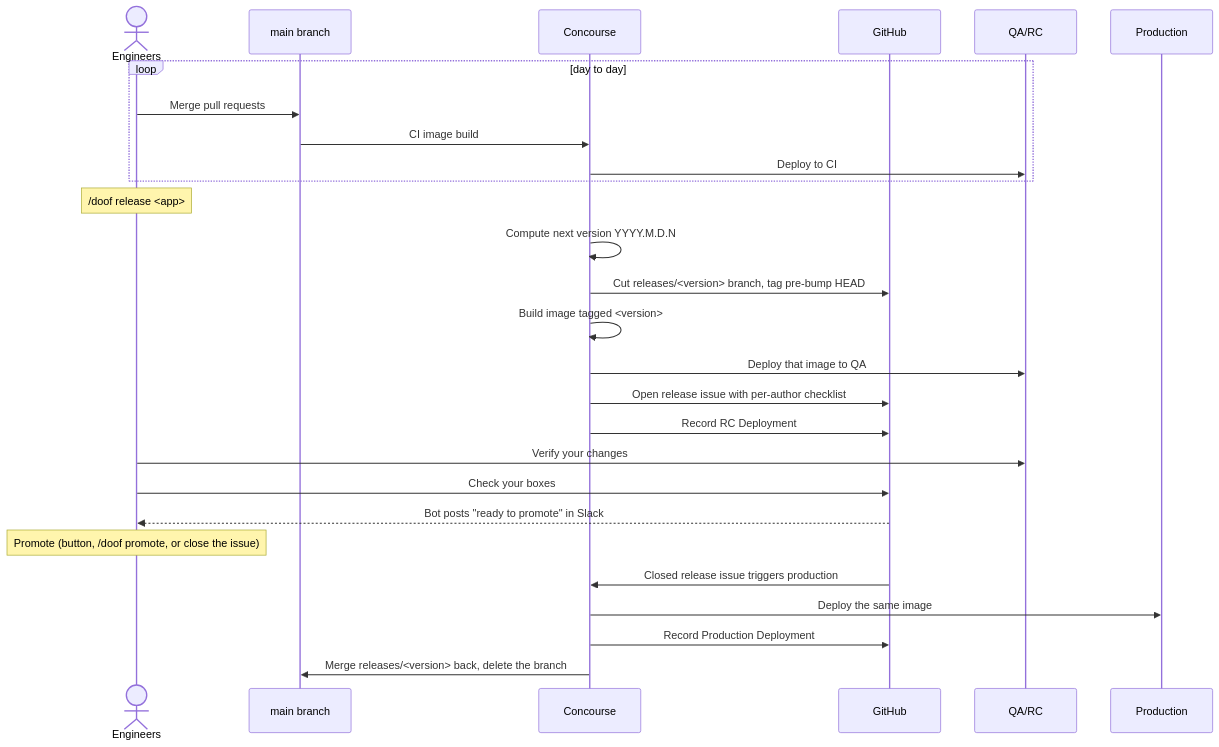
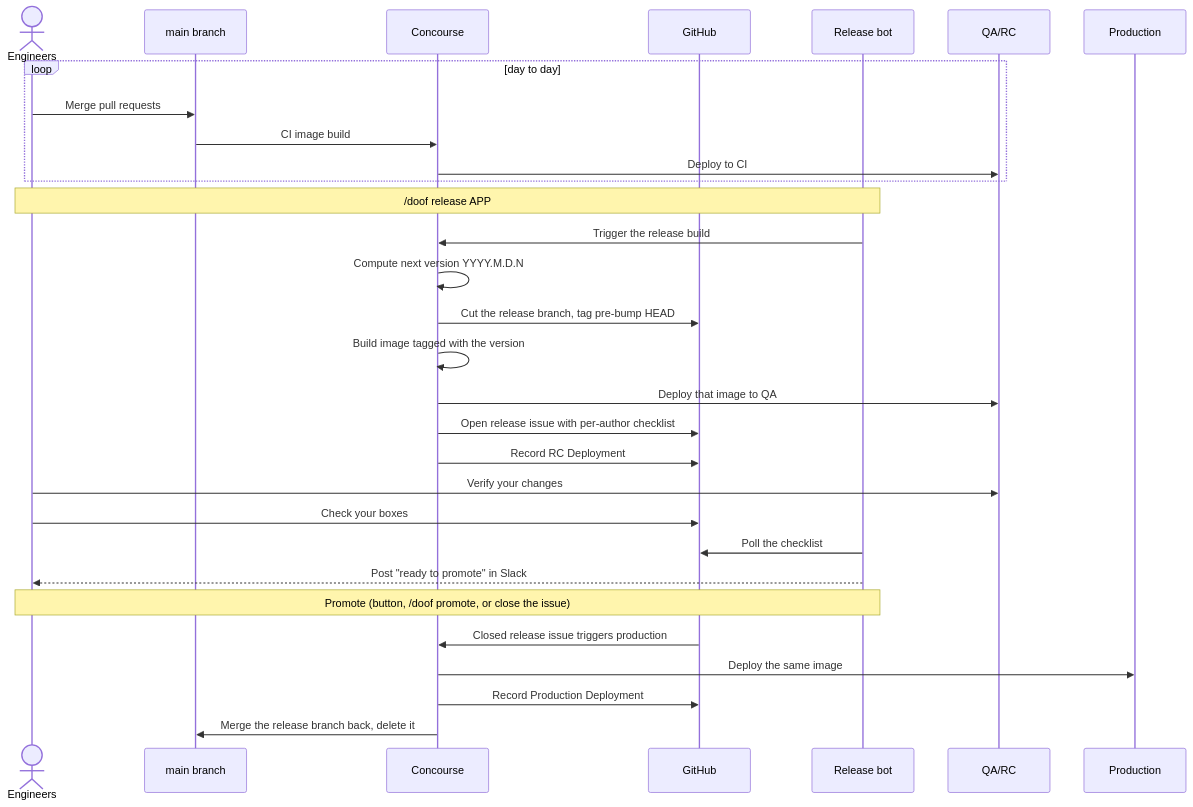
Before and after one commit to mitodl/platform-engineering-site: the diagram in docs/handbook/delivering/release-process/concourse-release-workflow.md, drawn with Mermaid. The commit also changed other lines of this file and 2 other files, not shown here.

Commit message:
fix(release-docs): correct the ruleset, mention, and hotfix-preview claims
Review of the first commit turned up five inaccuracies. The org-level
ruleset bypass is granted to the App for every tier-1 default branch, not
derived from the app registry; only the per-repo required-status-checks
rulesets read `release_workflow_repos()`. Commit authors do get
@-mentioned, by `/doof wait-for-checkboxes` resolving their emails through
Slack; it is the GitHub checklist that mentions nobody. `/doof preview`
reports a pending hotfix rather than refusing. The ready-to-promote poll
skips an app with no channel configured. ECR repositories are created by
the build jobs, so they are not a migration precondition.

The release sequence diagram used raw `<app>` and `<version>` placeholders,
which mermaid's sanitizer drops as unknown tags, so those words rendered
empty. It now names the release bot as a participant instead of attributing
the Slack post to GitHub.

Also drops two identifiers that no source in either repo carries: the
GitHub App installation id and a local `fly` target name.

Claude-Session: https://claude.ai/code/session_0157HQug56kxVER8qNdHjMf1

````diff
--- a/docs/handbook/delivering/release-process/concourse-release-workflow.md
+++ b/docs/handbook/delivering/release-process/concourse-release-workflow.md
@@ -28,31 +28,34 @@
 ```mermaid
 sequenceDiagram
   actor eng as Engineers
   participant main as main branch
   participant cc as Concourse
   participant gh as GitHub
+  participant bot as Release bot
   participant qa as QA/RC
   participant prod as Production
 
   loop day to day
     eng->>main: Merge pull requests
     main->>cc: CI image build
     cc->>qa: Deploy to CI
   end
 
-  Note over eng: /doof release <app>
+  Note over eng,bot: /doof release APP
+  bot->>cc: Trigger the release build
   cc->>cc: Compute next version YYYY.M.D.N
-  cc->>gh: Cut releases/<version> branch, tag pre-bump HEAD
-  cc->>cc: Build image tagged <version>
+  cc->>gh: Cut the release branch, tag pre-bump HEAD
+  cc->>cc: Build image tagged with the version
   cc->>qa: Deploy that image to QA
   cc->>gh: Open release issue with per-author checklist
   cc->>gh: Record RC Deployment
   eng->>qa: Verify your changes
   eng->>gh: Check your boxes
-  gh-->>eng: Bot posts "ready to promote" in Slack
-  Note over eng: Promote (button, /doof promote, or close the issue)
+  bot->>gh: Poll the checklist
+  bot-->>eng: Post "ready to promote" in Slack
+  Note over eng,bot: Promote (button, /doof promote, or close the issue)
   gh->>cc: Closed release issue triggers production
   cc->>prod: Deploy the same image
   cc->>gh: Record Production Deployment
-  cc->>main: Merge releases/<version> back, delete the branch
+  cc->>main: Merge the release branch back, delete it
 ```
````
